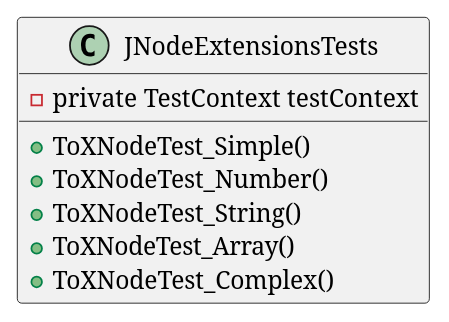
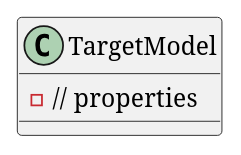
One commit to mwwhited-forks/dotnet-libs changed the eighth of 9 diagrams in docs/generated/Framework/Eliassen.System.Tests/Text/Json/Documentation.md. Above: the diagram before and after it, drawn with PlantUML. The commit also changed other lines of this file and 444 other files, not shown here.

````diff
--- a/docs/generated/Framework/Eliassen.System.Tests/Text/Json/Documentation.md
+++ b/docs/generated/Framework/Eliassen.System.Tests/Text/Json/Documentation.md
@@ -68,12 +136,6 @@
 ```plantuml
-@startuml
-class JNodeExtensionsTests {
-  - private TestContext testContext
-  + ToXNodeTest_Simple()
-  + ToXNodeTest_Number()
-  + ToXNodeTest_String()
-  + ToXNodeTest_Array()
-  + ToXNodeTest_Complex()
+class TargetModel {
+  - // properties
 }
 @enduml
 ```
````
